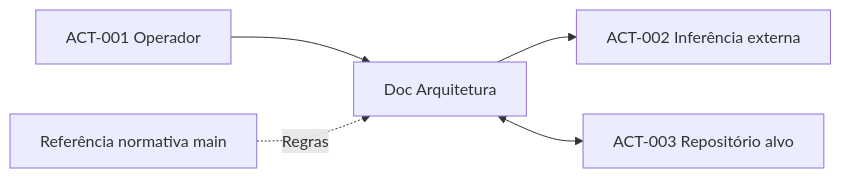
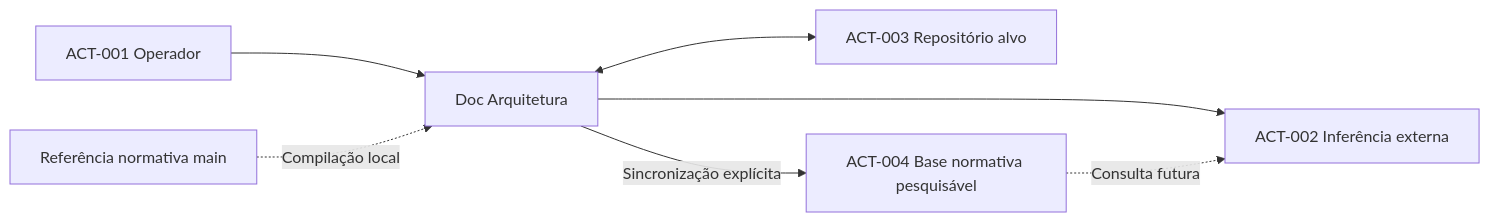
One commit to ahhvahh/doc-arquitetura-app-debian changed the diagram in docs/charter/project-context/PCH-001-contexto-integracao-openai-dsl.md. Above: the diagram before and after it, drawn with Mermaid. The commit also changed other lines of this file and 6 other files, not shown here.

Commit message:
docs(charter): registrar sincronizacao manual da DSL em Vector Stores

````diff
--- a/docs/charter/project-context/PCH-001-contexto-integracao-openai-dsl.md
+++ b/docs/charter/project-context/PCH-001-contexto-integracao-openai-dsl.md
@@ -33,7 +40,9 @@
 ```mermaid
 flowchart LR
     A[ACT-001 Operador] --> D[Doc Arquitetura]
     D --> B[ACT-002 Inferência externa]
     D <--> C[ACT-003 Repositório alvo]
-    N[Referência normativa main] -. Regras .-> D
+    N[Referência normativa main] -. Compilação local .-> D
+    D -->|Sincronização explícita| V[ACT-004 Base normativa pesquisável]
+    V -. Consulta futura .-> B
 ```
````
